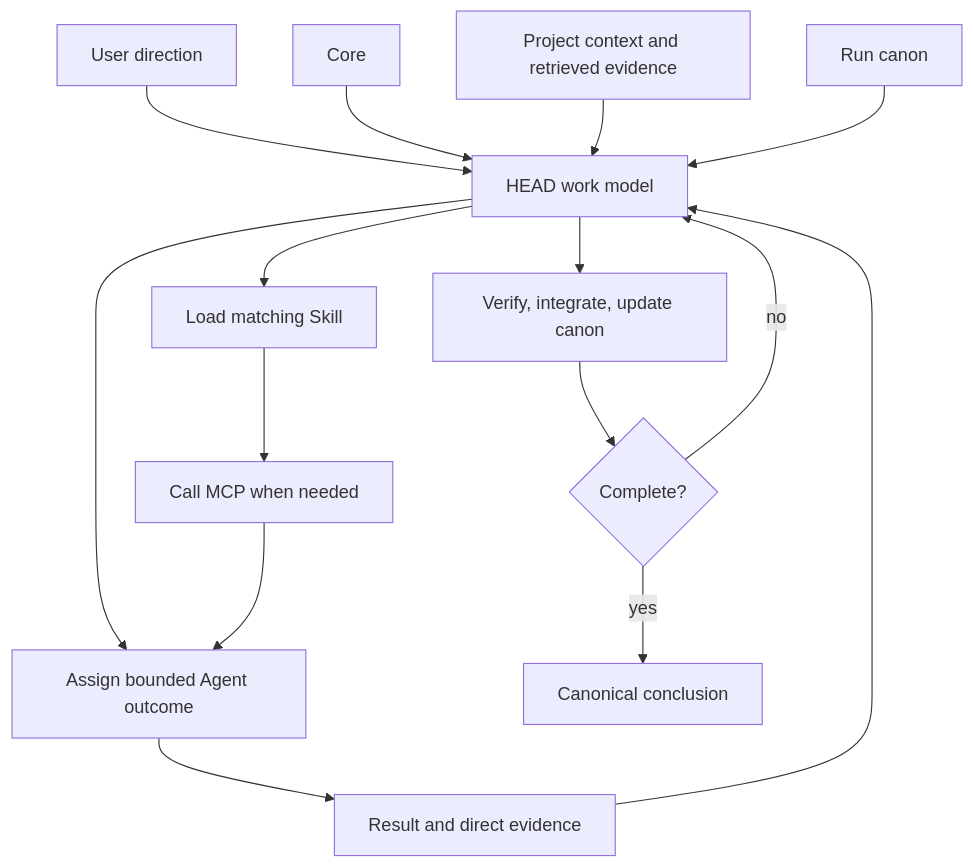
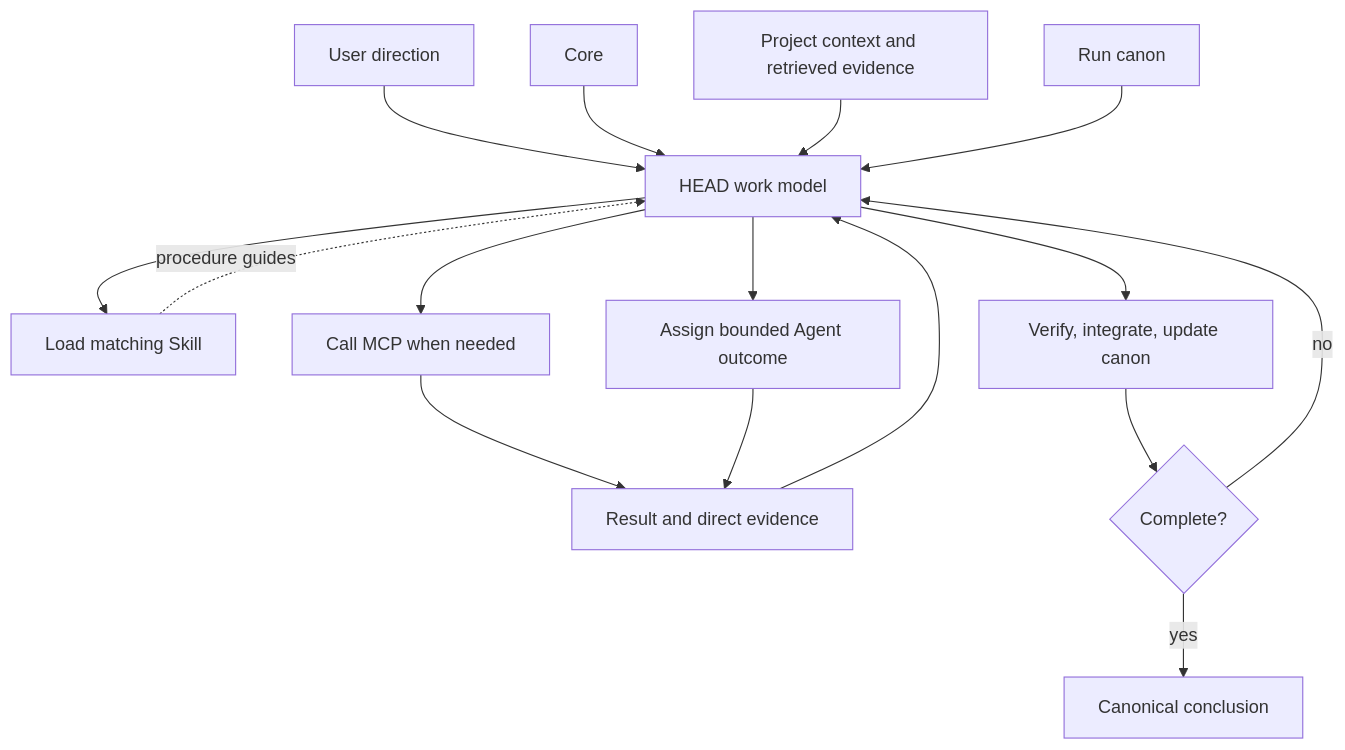
The diagram in learn/07-components/how-the-parts-compose.md (Won6314/head-agent-core), drawn with Mermaid before and after one commit. The commit also changed other lines of this file and 5 other files, not shown here.

````diff
--- a/learn/07-components/how-the-parts-compose.md
+++ b/learn/07-components/how-the-parts-compose.md
@@ -21,17 +21,18 @@
 ```mermaid
 flowchart TD
     U[User direction] --> H[HEAD work model]
     C[Core] --> H
     P[Project context and retrieved evidence] --> H
     R[Run canon] --> H
     H --> S[Load matching Skill]
-    S --> M[Call MCP when needed]
+    H --> M[Call MCP when needed]
     H --> A[Assign bounded Agent outcome]
-    M --> A
-    A --> E[Result and direct evidence]
+    S -. procedure guides .-> H
+    M --> E[Result and direct evidence]
+    A --> E
     E --> H
     H --> I[Verify, integrate, update canon]
     I --> N{Complete?}
     N -->|no| H
     N -->|yes| O[Canonical conclusion]
 ```
````
